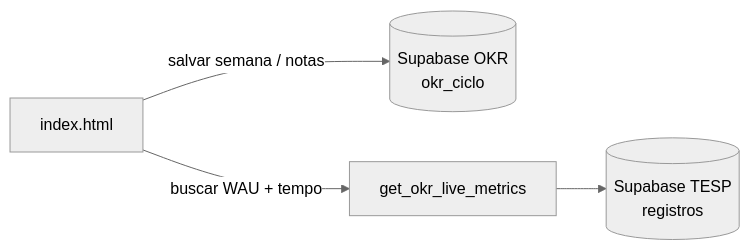
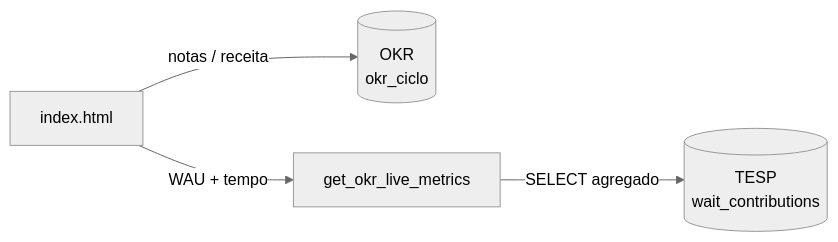
Before and after one commit to edniltonmatos/Ciclo-12-semanas: the diagram in docs/conectar-tesp.md, drawn with Mermaid (neutral theme). The commit also changed other lines of this file and 2 other files, not shown here.

First line of the commit message:
Usar wait_contributions via RPC; aplicar função no TESP

````diff
--- a/docs/conectar-tesp.md
+++ b/docs/conectar-tesp.md
@@ -118,11 +63,11 @@
 ```mermaid
 flowchart LR
   Dashboard[index.html]
-  OKR[(Supabase OKR\nokr_ciclo)]
-  TESP[(Supabase TESP\nregistros)]
+  OKR[(OKR\nokr_ciclo)]
+  TESP[(TESP\nwait_contributions)]
   RPC[get_okr_live_metrics]
 
-  Dashboard -->|salvar semana / notas| OKR
-  Dashboard -->|buscar WAU + tempo| RPC
-  RPC --> TESP
+  Dashboard -->|notas / receita| OKR
+  Dashboard -->|WAU + tempo| RPC
+  RPC -->|SELECT agregado| TESP
 ```
````
